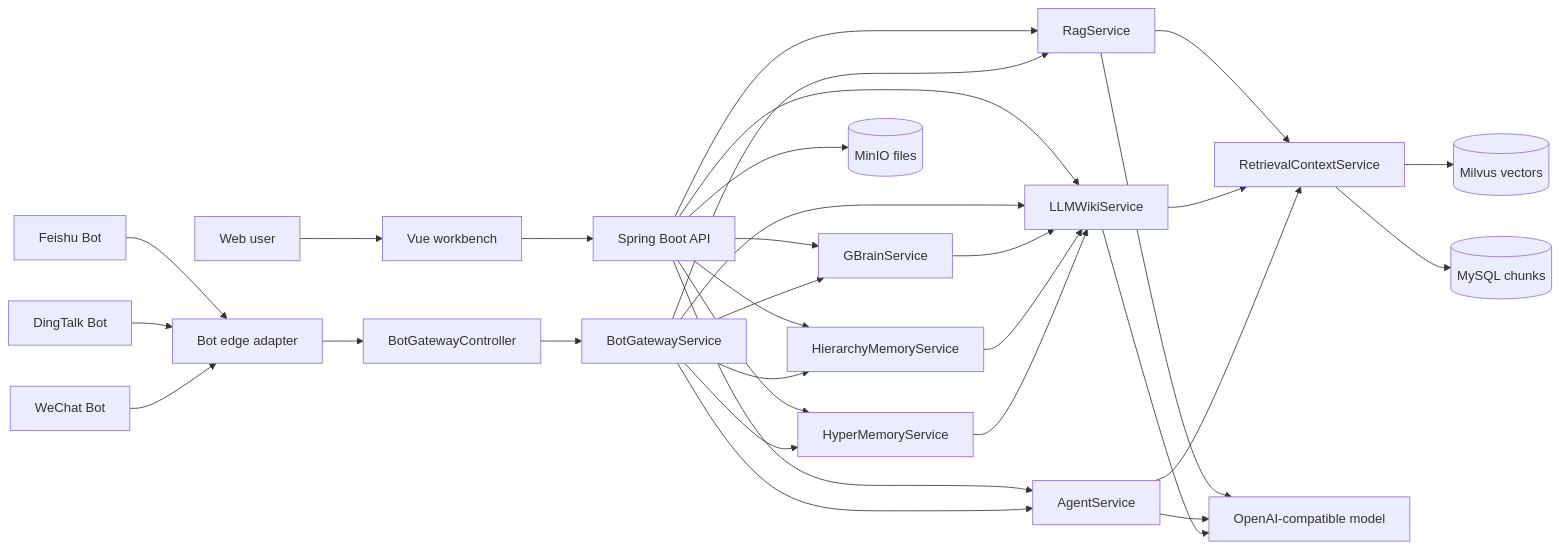
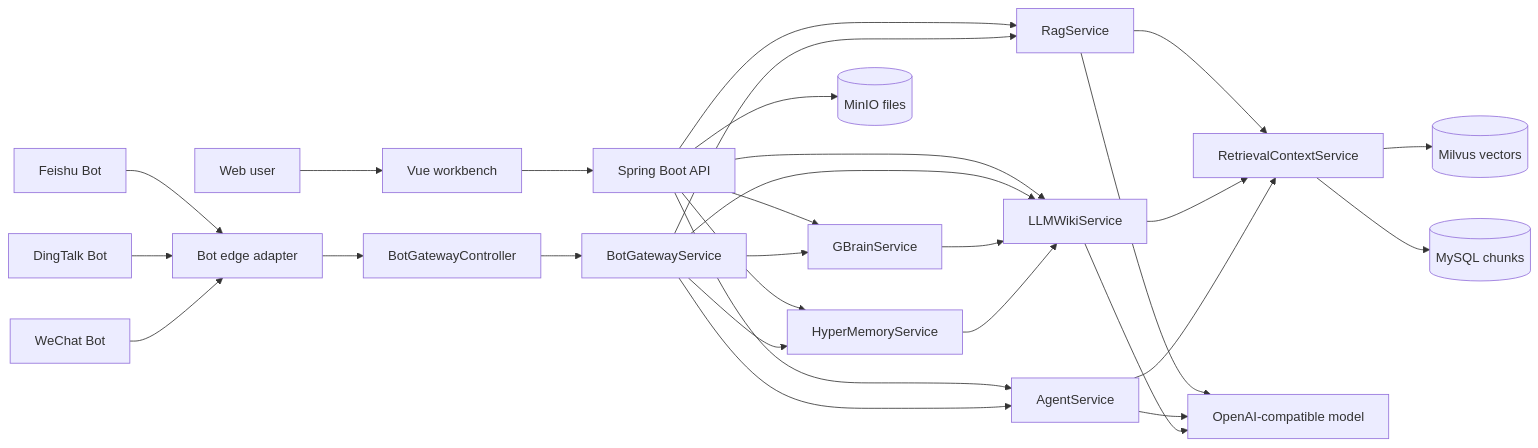
The first of 2 diagrams in docs/PRODUCTION-ARCHITECTURE.md (Harzva/HyperMemory), drawn with Mermaid before and after one commit. The commit also changed other lines of this file and 25 other files, not shown here.

Commit message:
Remove hierarchy memory layer

````diff
--- a/docs/PRODUCTION-ARCHITECTURE.md
+++ b/docs/PRODUCTION-ARCHITECTURE.md
@@ -32,34 +31,31 @@
 ```mermaid
 flowchart LR
     U["Web user"] --> FE["Vue workbench"]
     F["Feishu Bot"] --> EA["Bot edge adapter"]
     D["DingTalk Bot"] --> EA
     W["WeChat Bot"] --> EA
     EA --> BG["BotGatewayController"]
     FE --> API["Spring Boot API"]
     BG --> BGS["BotGatewayService"]
     API --> RAG["RagService"]
     API --> WIKI["LLMWikiService"]
     API --> AG["AgentService"]
     API --> GB["GBrainService"]
-    API --> HM["HierarchyMemoryService"]
     API --> HYP["HyperMemoryService"]
     BGS --> RAG
     BGS --> WIKI
     BGS --> AG
     BGS --> GB
-    BGS --> HM
     BGS --> HYP
     RAG --> RET["RetrievalContextService"]
     WIKI --> RET
     AG --> RET
     GB --> WIKI
-    HM --> WIKI
     HYP --> WIKI
     RET --> VEC[("Milvus vectors")]
     RET --> DB[("MySQL chunks")]
     API --> OBJ[("MinIO files")]
     RAG --> LLM["OpenAI-compatible model"]
     AG --> LLM
     WIKI --> LLM
 ```
````
